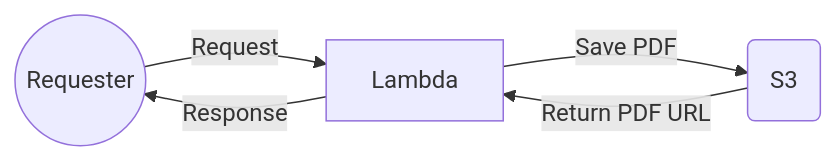
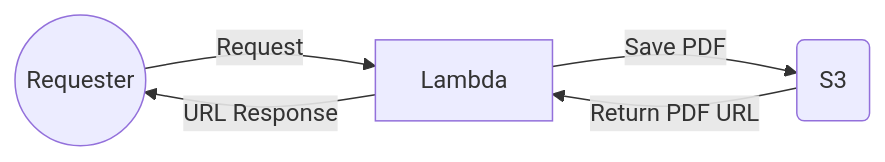
One commit to northoniserhardt/lambda-serverless-pdf-generator changed the second of 2 diagrams in README.md. Above: the diagram before and after it, drawn with Mermaid. The commit also changed other lines of this file, not shown here.

Commit message:
ajustando readme

````diff
--- a/README.md
+++ b/README.md
@@ -97,4 +97,4 @@
 ```mermaid
 graph LR
-A((Requester)) -- Request --> B[Lambda] -- Save PDF --> C(S3) -- Return PDF URL --> B -- Response --> A
+A((Requester)) -- Request --> B[Lambda] -- Save PDF --> C(S3) -- Return PDF URL --> B -- URL Response --> A
 ```
````
